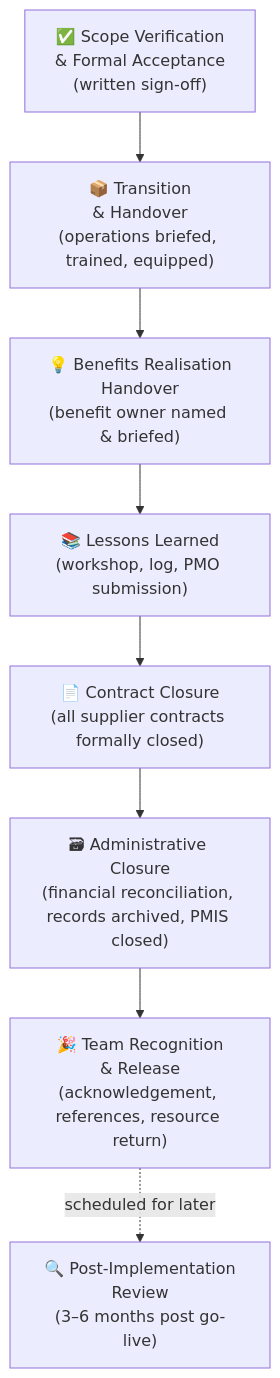
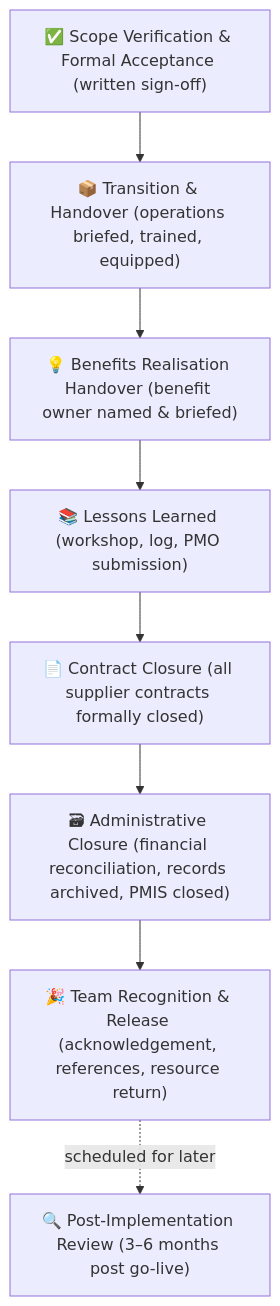
The first of 2 diagrams in modules/07-closing.md (UncleJS/course_projectManagement), drawn with Mermaid before and after one commit. The commit also changed 16 other files, not shown here.

Commit message:
Fix Mermaid rendering: remove literal \n from all diagram labels; quote unquoted & in flowchart nodes

````diff
--- a/modules/07-closing.md
+++ b/modules/07-closing.md
@@ -49,13 +49,13 @@
 ```mermaid
 flowchart TD
-    ACC["✅ Scope Verification\n& Formal Acceptance\n(written sign-off)"]
-    HO["📦 Transition\n& Handover\n(operations briefed, trained, equipped)"]
-    BR["💡 Benefits Realisation\nHandover\n(benefit owner named & briefed)"]
-    LL["📚 Lessons Learned\n(workshop, log, PMO submission)"]
-    CC["📄 Contract Closure\n(all supplier contracts formally closed)"]
-    AC["🗃 Administrative Closure\n(financial reconciliation, records archived, PMIS closed)"]
-    TR["🎉 Team Recognition\n& Release\n(acknowledgement, references, resource return)"]
-    PIR["🔍 Post-Implementation\nReview\n(3–6 months post go-live)"]
+    ACC["✅ Scope Verification & Formal Acceptance (written sign-off)"]
+    HO["📦 Transition & Handover (operations briefed, trained, equipped)"]
+    BR["💡 Benefits Realisation Handover (benefit owner named & briefed)"]
+    LL["📚 Lessons Learned (workshop, log, PMO submission)"]
+    CC["📄 Contract Closure (all supplier contracts formally closed)"]
+    AC["🗃 Administrative Closure (financial reconciliation, records archived, PMIS closed)"]
+    TR["🎉 Team Recognition & Release (acknowledgement, references, resource return)"]
+    PIR["🔍 Post-Implementation Review (3–6 months post go-live)"]
     ACC --> HO --> BR --> LL --> CC --> AC --> TR
     TR -.->|"scheduled for later"| PIR
 ```
````
